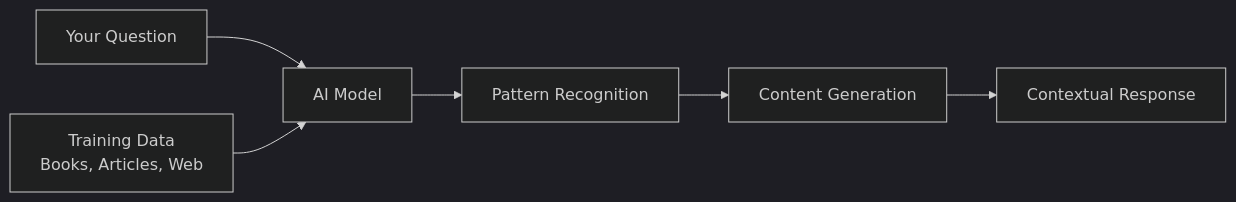
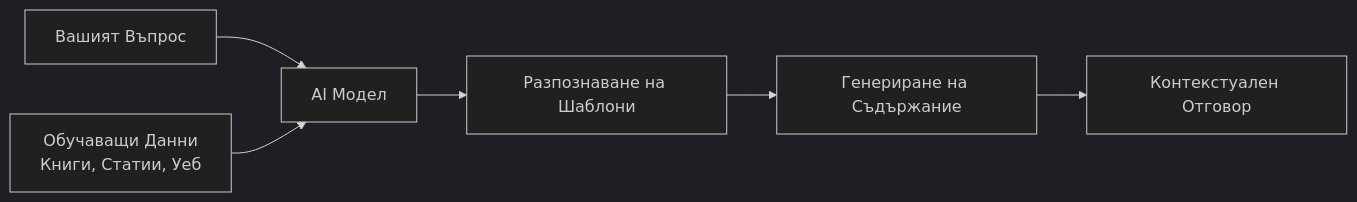
Before and after one commit to microsoft/Web-Dev-For-Beginners: the third of 14 diagrams in translations/bg/9-chat-project/README.md, drawn with Mermaid (dark theme). The commit also changed other lines of this file and 41 other files, not shown here.

````diff
--- a/translations/bg/9-chat-project/README.md
+++ b/translations/bg/9-chat-project/README.md
@@ -43,9 +104,9 @@
 ```mermaid
 graph LR
-    A[Your Question] --> B[AI Model]
-    B --> C[Pattern Recognition]
-    C --> D[Content Generation]
-    D --> E[Contextual Response]
+    A[Вашият Въпрос] --> B[AI Модел]
+    B --> C[Разпознаване на Шаблони]
+    C --> D[Генериране на Съдържание]
+    D --> E[Контекстуален Отговор]
     
-    F[Training Data<br/>Books, Articles, Web] --> B
+    F[Обучаващи Данни<br/>Книги, Статии, Уеб] --> B
 ```
````
